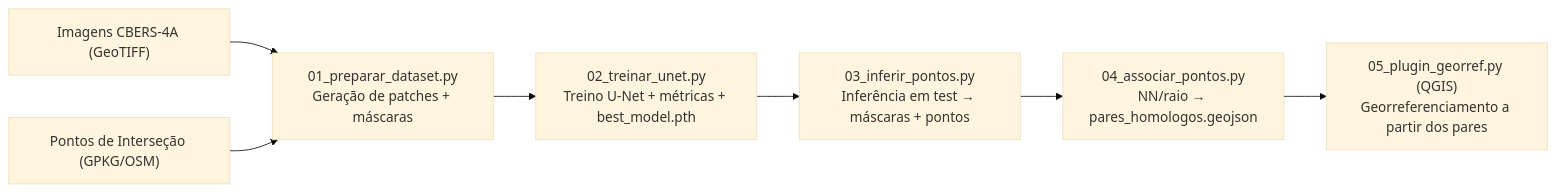
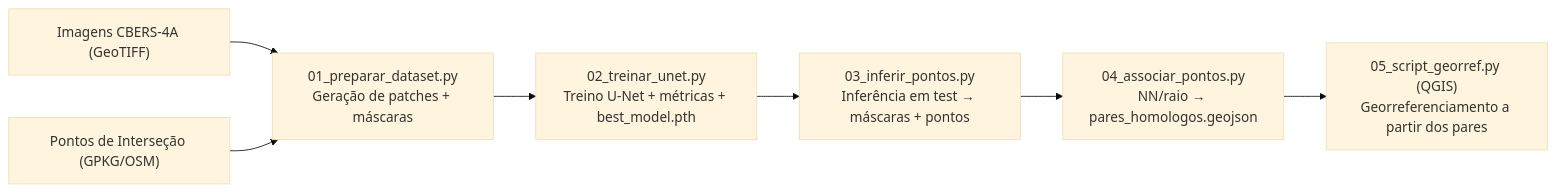
One commit to JaimeGuilherme/CBERS4A-Images-Georeferencing changed the second of 2 diagrams in README.md. Above: the diagram before and after it, drawn with Mermaid (base theme). The commit also changed other lines of this file and 2 other files, not shown here.

````diff
--- a/README.md
+++ b/README.md
@@ -55,9 +61,9 @@
 ```mermaid
 flowchart LR
     A["Imagens CBERS-4A (GeoTIFF)"] --> B["01_preparar_dataset.py<br/>Geração de patches + máscaras"]
     R["Pontos de Interseção (GPKG/OSM)"] --> B
     B --> C["02_treinar_unet.py<br/>Treino U-Net + métricas + best_model.pth"]
     C --> D["03_inferir_pontos.py<br/>Inferência em test → máscaras + pontos"]
     D --> E["04_associar_pontos.py<br/>NN/raio → pares_homologos.geojson"]
-    E --> F["05_plugin_georref.py (QGIS)<br/>Georreferenciamento a partir dos pares"]
+    E --> F["05_script_georref.py (QGIS)<br/>Georreferenciamento a partir dos pares"]
 ```
````
